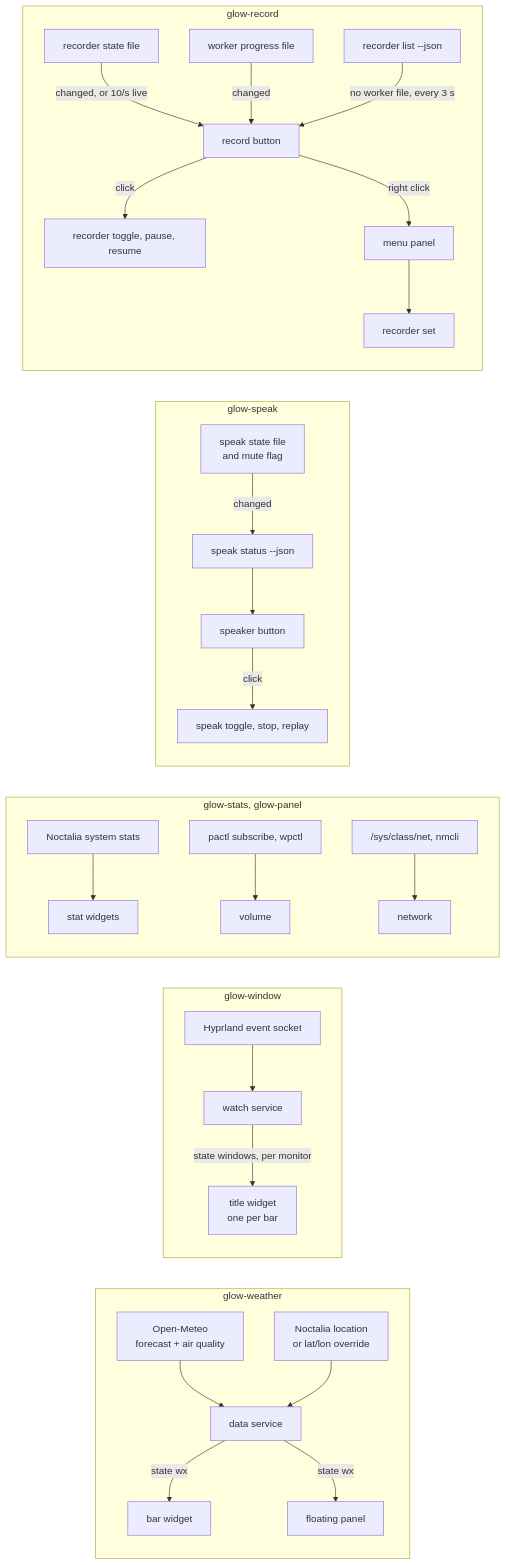
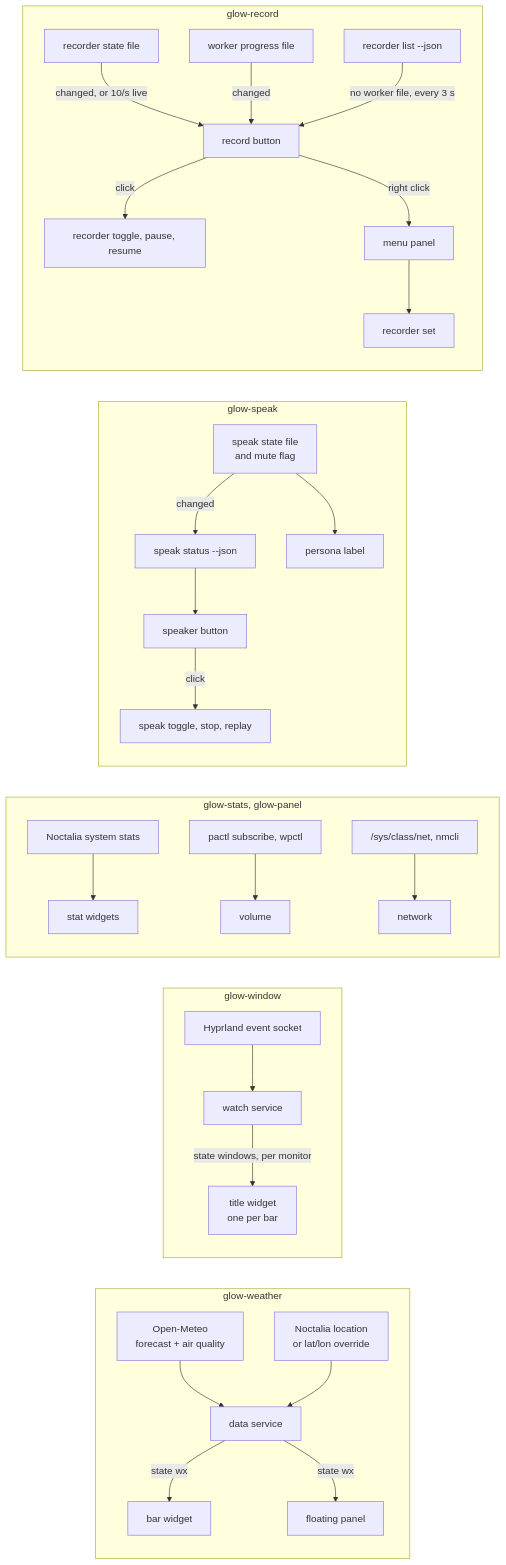
The diagram in noctalia-glow-plugins/README.md (h1n054ur/desktop), drawn with Mermaid before and after one commit. The commit also changed other lines of this file and 25 other files, not shown here.

````diff
--- a/noctalia-glow-plugins/README.md
+++ b/noctalia-glow-plugins/README.md
@@ -93,31 +93,32 @@
 ```mermaid
 flowchart LR
   subgraph weather["glow-weather"]
     OM["Open-Meteo<br/>forecast + air quality"] --> WS["data service"]
     LOC["Noctalia location<br/>or lat/lon override"] --> WS
     WS -->|state wx| WB["bar widget"]
     WS -->|state wx| WP["floating panel"]
   end
   subgraph window["glow-window"]
     HY["Hyprland event socket"] --> WW["watch service"]
     WW -->|state windows, per monitor| WT["title widget<br/>one per bar"]
   end
   subgraph local["glow-stats, glow-panel"]
     SS["Noctalia system stats"] --> GS["stat widgets"]
     PA["pactl subscribe, wpctl"] --> GV["volume"]
     SYS["/sys/class/net, nmcli"] --> GN["network"]
   end
   subgraph speak["glow-speak"]
     ST["speak state file<br/>and mute flag"] -->|changed| SC["speak status --json"]
+    ST --> SP["persona label"]
     SC --> SB["speaker button"]
     SB -->|click| SA["speak toggle, stop, replay"]
   end
   subgraph record["glow-record"]
     RS["recorder state file"] -->|changed, or 10/s live| RB["record button"]
     RW["worker progress file"] -->|changed| RB
     RL["recorder list --json"] -->|no worker file, every 3 s| RB
     RB -->|click| RA["recorder toggle, pause, resume"]
     RB -->|right click| RM["menu panel"]
     RM --> RT["recorder set"]
   end
 ```
````
